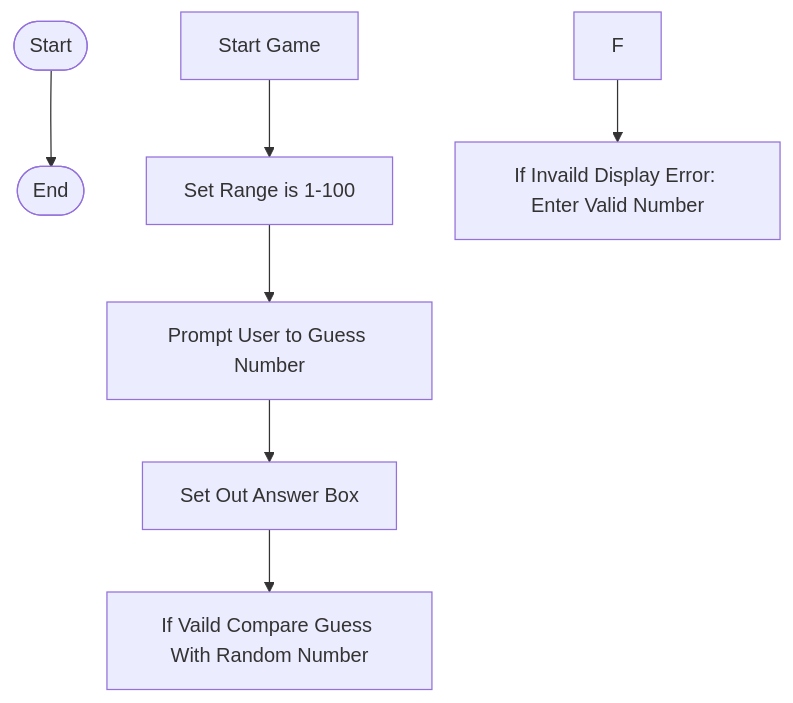
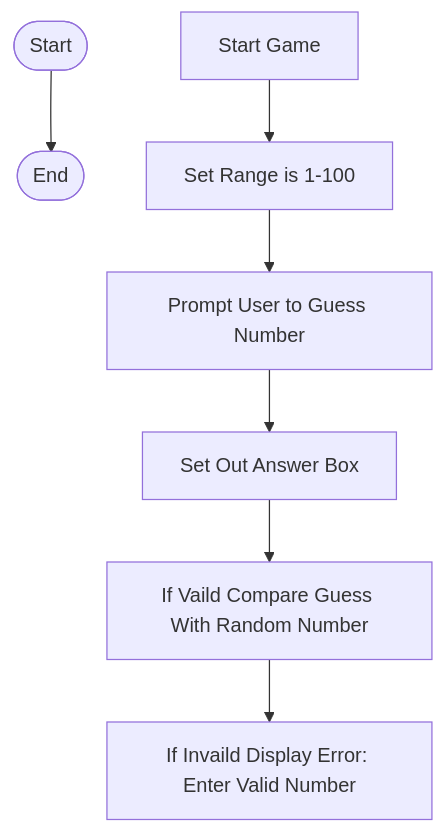
Before and after one commit to tanvirvirdi/tanvirvirdi.github.io: the diagram in Guessing.md, drawn with Mermaid.

````diff
--- a/Guessing.md
+++ b/Guessing.md
@@ -1,9 +1,9 @@
 ```mermaid
 flowchart TD
     Start([Start])--> End([End])
     A[Start Game] --> B[Set Range is 1-100];
     B--> C[Prompt User to Guess Number];
     C--> D[Set Out Answer Box];
     D--> E[If Vaild Compare Guess With Random Number];
-    F--> G[If Invaild Display Error: Enter Valid Number];
+    E--> F[If Invaild Display Error: Enter Valid Number];
 ```
````
